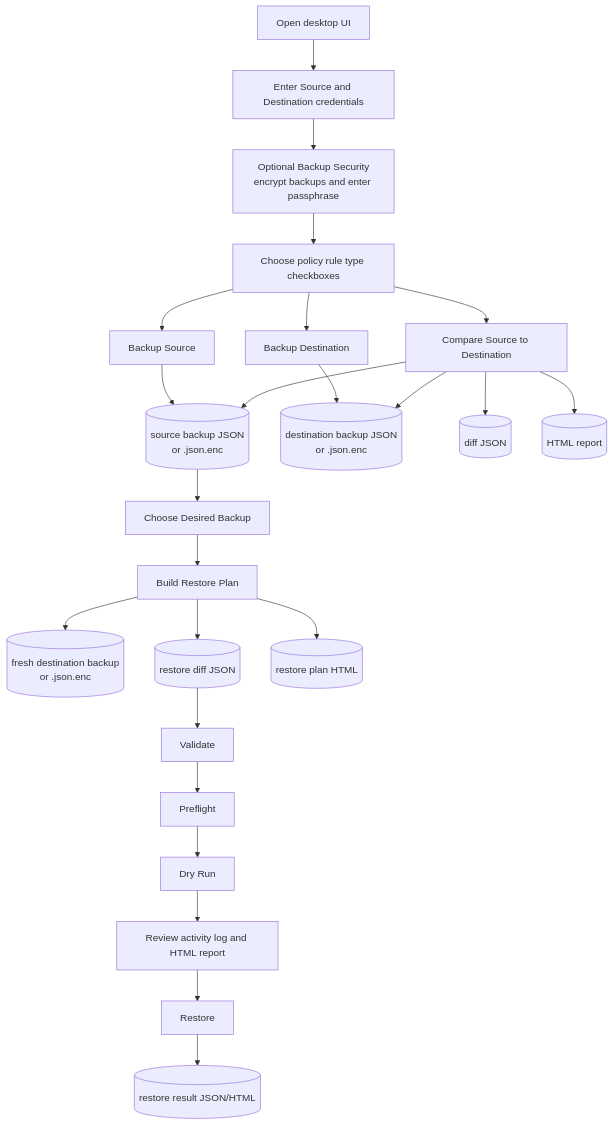
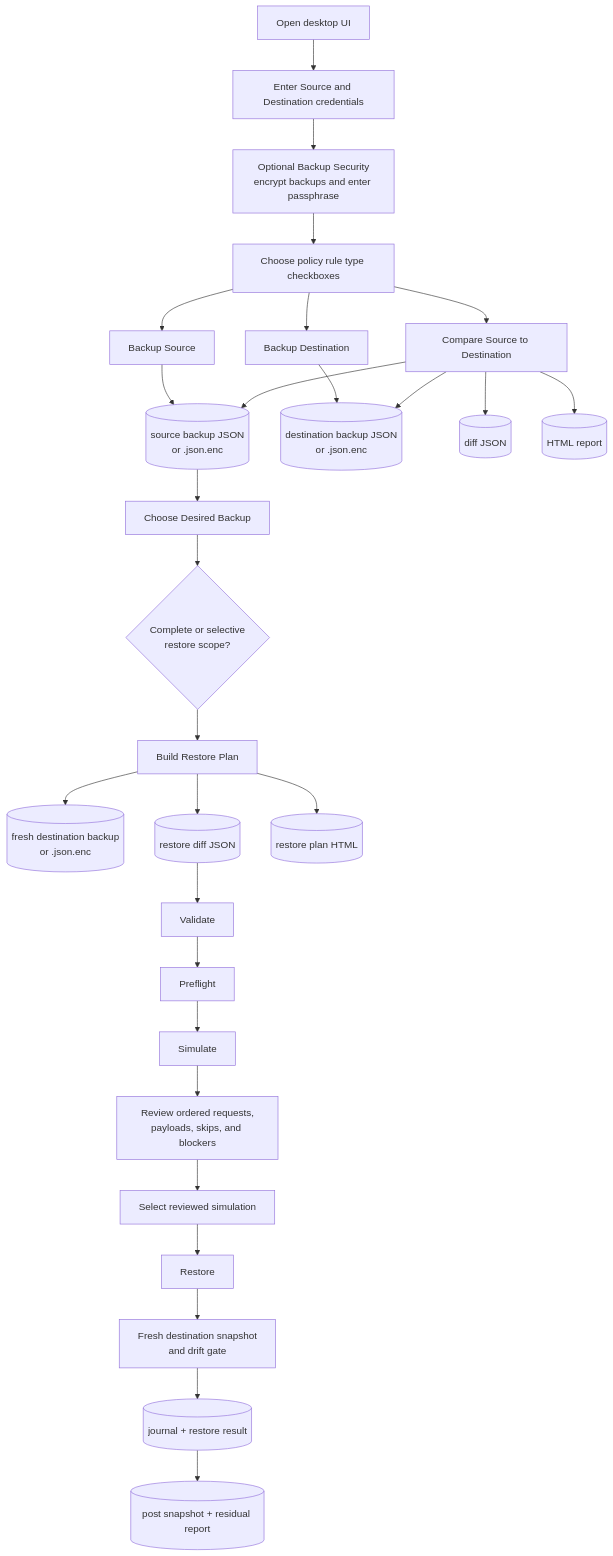
Before and after one commit to EggertsIT/ZPA-BackupNrestore: the third of 13 diagrams in docs/PROCESS.md, drawn with Mermaid. The commit also changed other lines of this file and 246 other files, not shown here.

First line of the commit message:
Build professional ZPA backup and restore v2

````diff
--- a/docs/PROCESS.md
+++ b/docs/PROCESS.md
@@ -57,30 +74,34 @@
 ```mermaid
 flowchart TD
     Start[Open desktop UI] --> Credentials[Enter Source and Destination credentials]
     Credentials --> BackupSecurity[Optional Backup Security<br/>encrypt backups and enter passphrase]
     BackupSecurity --> Scope[Choose policy rule type checkboxes]
 
     Scope --> BackupSource[Backup Source]
     Scope --> BackupDestination[Backup Destination]
     Scope --> Compare[Compare Source to Destination]
 
     BackupSource --> SourceFile[(source backup JSON<br/>or .json.enc)]
     BackupDestination --> DestinationFile[(destination backup JSON<br/>or .json.enc)]
     Compare --> SourceFile
     Compare --> DestinationFile
     Compare --> DiffFile[(diff JSON)]
     Compare --> ReportFile[(HTML report)]
 
     SourceFile --> Choose[Choose Desired Backup]
-    Choose --> RestorePlan[Build Restore Plan]
+    Choose --> RestoreScope{Complete or selective<br/>restore scope?}
+    RestoreScope --> RestorePlan[Build Restore Plan]
     RestorePlan --> CurrentDestination[(fresh destination backup<br/>or .json.enc)]
     RestorePlan --> RestoreDiff[(restore diff JSON)]
     RestorePlan --> RestoreReport[(restore plan HTML)]
 
     RestoreDiff --> Validate[Validate]
     Validate --> Preflight[Preflight]
-    Preflight --> DryRun[Dry Run]
-    DryRun --> Review[Review activity log and HTML report]
-    Review --> Restore[Restore]
-    Restore --> RestoreResult[(restore result JSON/HTML)]
+    Preflight --> Simulation[Simulate]
+    Simulation --> Review[Review ordered requests,<br/>payloads, skips, and blockers]
+    Review --> Assured[Select reviewed simulation]
+    Assured --> Restore[Restore]
+    Restore --> FreshCheck[Fresh destination snapshot<br/>and drift gate]
+    FreshCheck --> RestoreResult[(journal + restore result)]
+    RestoreResult --> VerifyResult[(post snapshot + residual report)]
 ```
````
